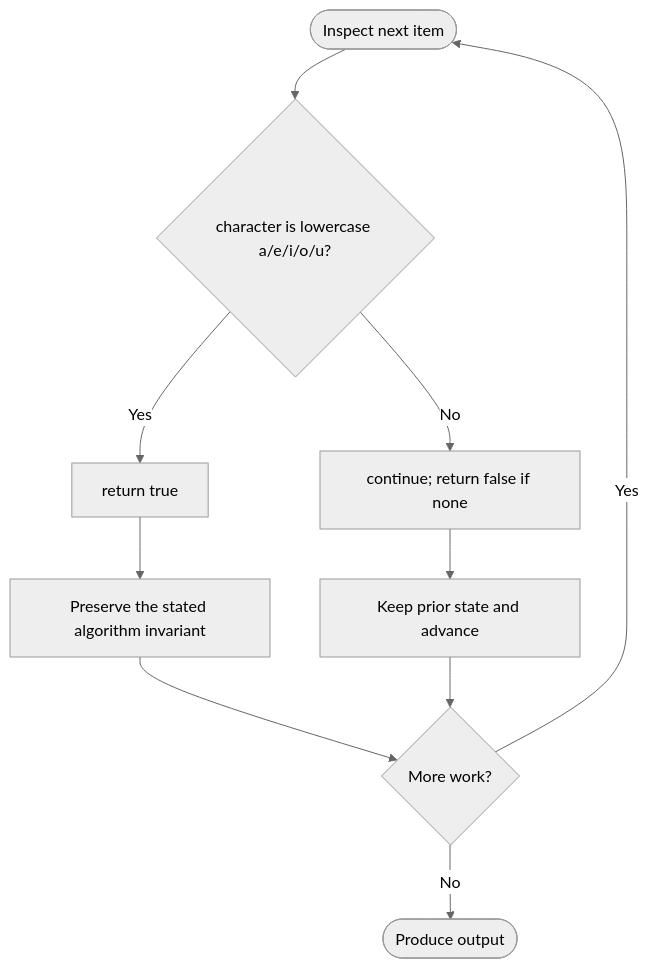
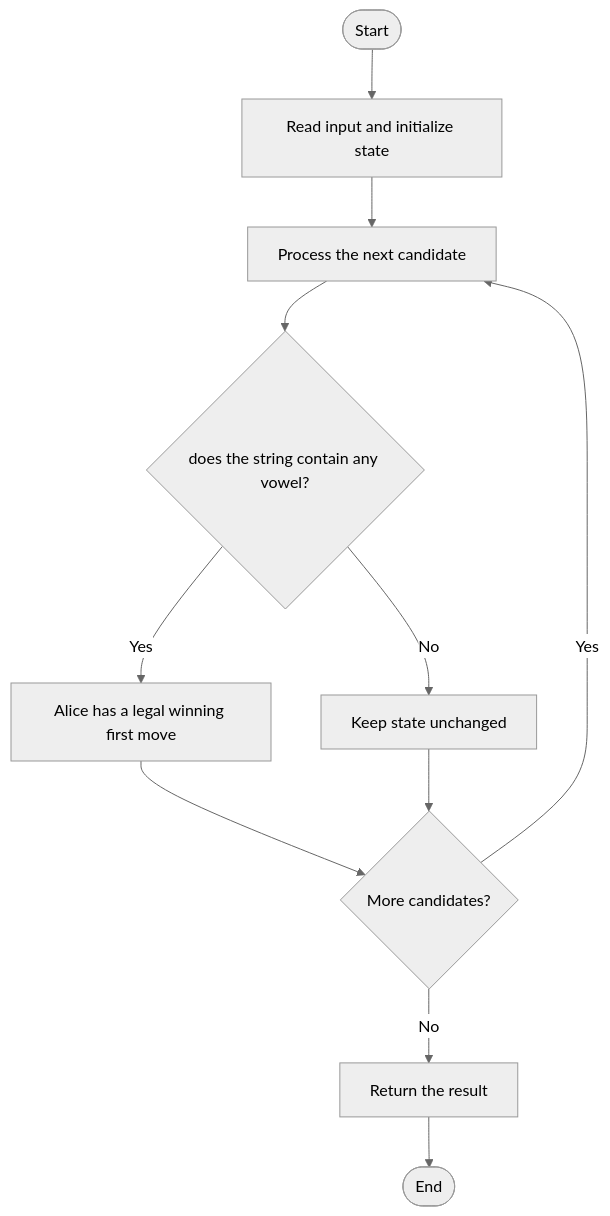
The diagram in LeetCode/3227/README.md (SAIDEEPBHANGE/C-CPP-Codes), drawn with Mermaid (neutral theme) before and after one commit. The commit also changed other lines of this file and 196 other files, not shown here.

````diff
--- a/LeetCode/3227/README.md
+++ b/LeetCode/3227/README.md
@@ -28,12 +27,13 @@
 ```mermaid
 flowchart TD
-    A([Inspect next item]) --> B{character is lowercase a/e/i/o/u?}
-    B -- Yes --> C[return true]
-    B -- No --> D[continue; return false if none]
-    C --> E[Preserve the stated algorithm invariant]
-    D --> F[Keep prior state and advance]
-    E --> G{More work?}
+    A([Start]) --> B[Read input and initialize state]
+    B --> C[Process the next candidate]
+    C --> D{does the string contain any vowel?}
+    D -->|Yes| E[Alice has a legal winning first move]
+    D -->|No| F[Keep state unchanged]
+    E --> G{More candidates?}
     F --> G
-    G -- Yes --> A
-    G -- No --> H([Produce output])
+    G -->|Yes| C
+    G -->|No| H[Return the result]
+    H --> I([End])
 ```
````
